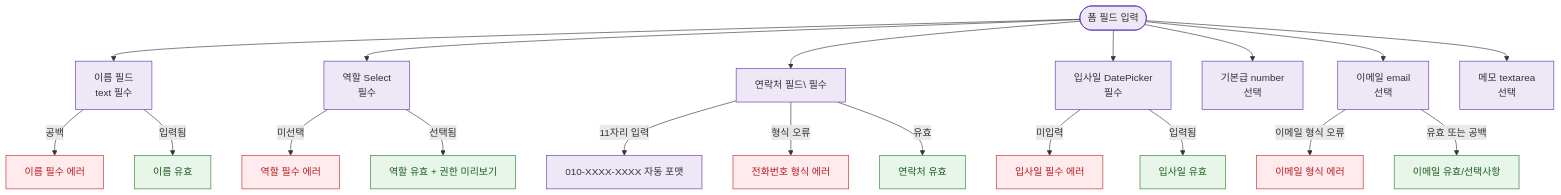
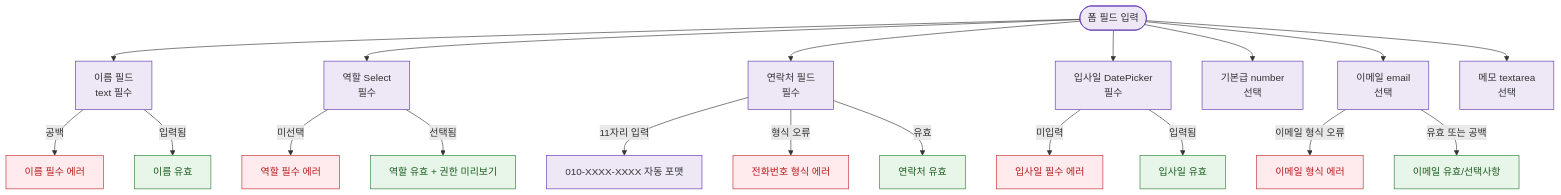
One commit to dev-spogym/admin-pando changed the diagram in docs/admin/다이어그램/D07_직원관리/SCR-061_직원등록수정/F4_필터검색정렬.md. Above: the diagram before and after it, drawn with Mermaid. The commit also changed 369 other files, not shown here.

````diff
--- a/docs/admin/다이어그램/D07_직원관리/SCR-061_직원등록수정/F4_필터검색정렬.md
+++ b/docs/admin/다이어그램/D07_직원관리/SCR-061_직원등록수정/F4_필터검색정렬.md
@@ -16,37 +16,37 @@
 ```mermaid
 flowchart TD
   FORM([폼 필드 입력])
 
   FORM --> FLD_NAME[이름 필드\ntext 필수]
   FORM --> FLD_ROLE[역할 Select\n필수]
-  FORM --> FLD_PHONE[연락처 필드\ 필수]
+  FORM --> FLD_PHONE[연락처 필드<br/> 필수]
   FORM --> FLD_DATE[입사일 DatePicker\n필수]
   FORM --> FLD_SALARY[기본급 number\n선택]
   FORM --> FLD_EMAIL[이메일 email\n선택]
   FORM --> FLD_MEMO[메모 textarea\n선택]
 
   FLD_NAME -->|공백|ERR_NAME[이름 필수 에러]
   FLD_NAME -->|입력됨|OK_NAME[이름 유효]
 
   FLD_ROLE -->|미선택|ERR_ROLE[역할 필수 에러]
   FLD_ROLE -->|선택됨|OK_ROLE[역할 유효 + 권한 미리보기]
 
   FLD_PHONE -->|11자리 입력|FMT_PHONE[010-XXXX-XXXX 자동 포맷]
   FLD_PHONE -->|형식 오류|ERR_PHONE[전화번호 형식 에러]
   FLD_PHONE -->|유효|OK_PHONE[연락처 유효]
 
   FLD_DATE -->|미입력|ERR_DATE[입사일 필수 에러]
   FLD_DATE -->|입력됨|OK_DATE[입사일 유효]
 
   FLD_EMAIL -->|이메일 형식 오류|ERR_EMAIL[이메일 형식 에러]
   FLD_EMAIL -->|유효 또는 공백|OK_EMAIL[이메일 유효/선택사항]
 
   classDef system fill:#EDE7F6,stroke:#5E35B2
   classDef error fill:#FFEBEE,stroke:#C62828,color:#B71C1C
   classDef success fill:#E8F5E9,stroke:#2E7D32,color:#1B5E20
   classDef info fill:#E0F7FA,stroke:#00838F
 
   class FORM,FLD_NAME,FLD_ROLE,FLD_PHONE,FLD_DATE,FLD_SALARY,FLD_EMAIL,FLD_MEMO,FMT_PHONE system
   class ERR_NAME,ERR_ROLE,ERR_PHONE,ERR_DATE,ERR_EMAIL error
   class OK_NAME,OK_ROLE,OK_PHONE,OK_DATE,OK_EMAIL success
 ```
````
